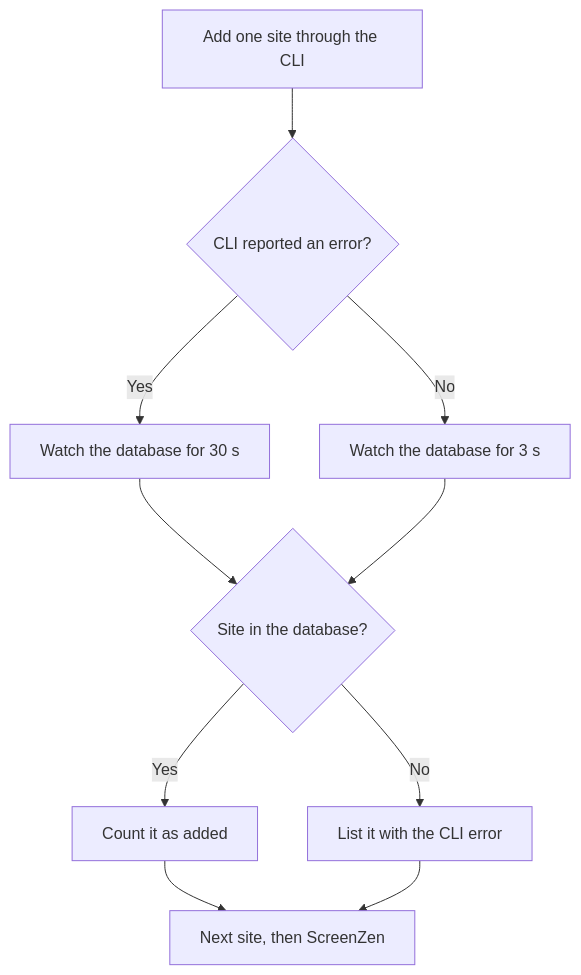
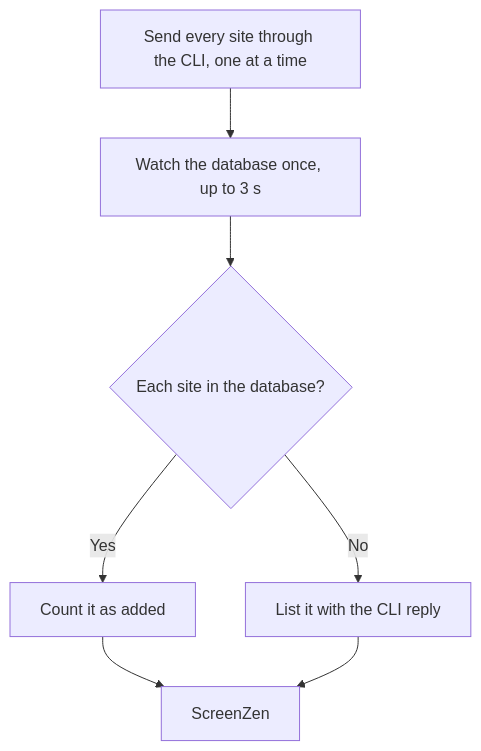
The second of 2 diagrams in artifacts/focus-sync-failures/report.md (yulonglin/dotfiles), drawn with Mermaid before and after one commit. The commit also changed other lines of this file and 4 other files, not shown here.

````diff
--- a/artifacts/focus-sync-failures/report.md
+++ b/artifacts/focus-sync-failures/report.md
@@ -39,12 +39,9 @@
 ```mermaid
 flowchart TD
-  A[Add one site through the CLI] --> B{CLI reported an error?}
-  B -- Yes --> C[Watch the database for 30 s]
-  B -- No --> D[Watch the database for 3 s]
-  C --> E{Site in the database?}
-  D --> E
+  A[Send every site through the CLI, one at a time] --> D[Watch the database once, up to 3 s]
+  D --> E{Each site in the database?}
   E -- Yes --> F[Count it as added]
-  E -- No --> G[List it with the CLI error]
-  F --> H[Next site, then ScreenZen]
+  E -- No --> G[List it with the CLI reply]
+  F --> H[ScreenZen]
   G --> H
 ```
````
